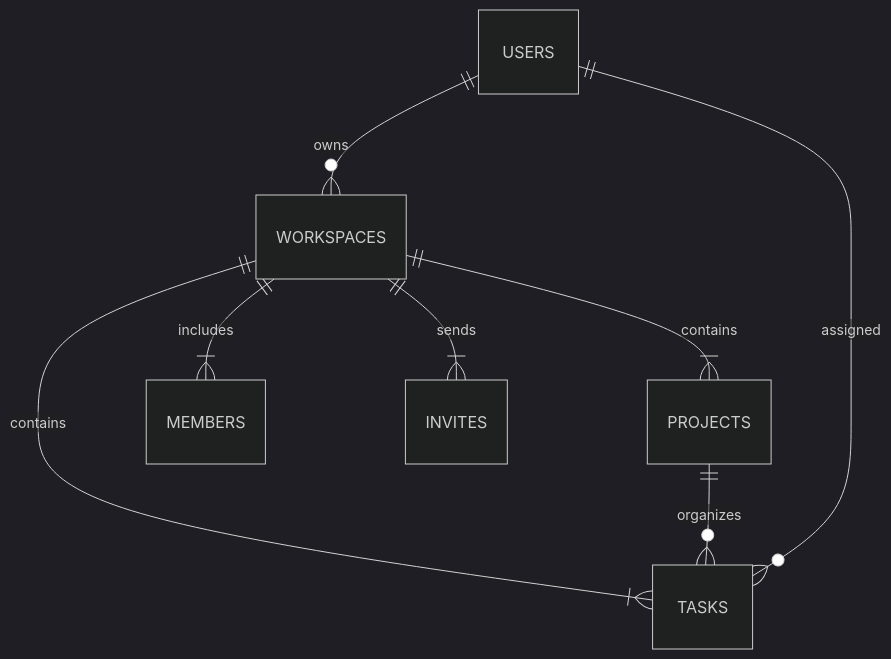
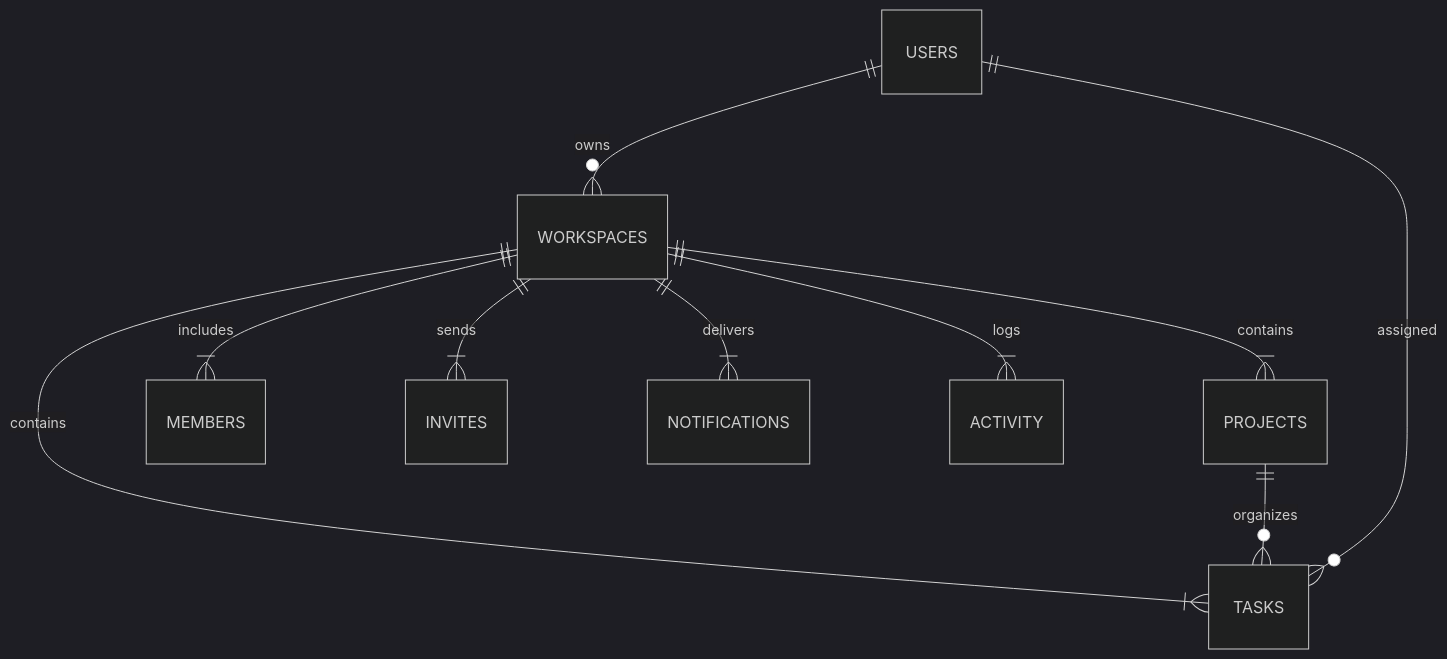
One commit to Annu1901/Flowspace changed the diagram in docs/database_design.md. Above: the diagram before and after it, drawn with Mermaid (dark theme). The commit also changed other lines of this file and 6 other files, not shown here.

````diff
--- a/docs/database_design.md
+++ b/docs/database_design.md
@@ -5,10 +5,12 @@
 ```mermaid
 erDiagram
     USERS ||--o{ WORKSPACES : owns
     WORKSPACES ||--|{ PROJECTS : contains
     WORKSPACES ||--|{ MEMBERS : includes
     WORKSPACES ||--|{ TASKS : contains
     WORKSPACES ||--|{ INVITES : sends
+    WORKSPACES ||--|{ NOTIFICATIONS : delivers
+    WORKSPACES ||--|{ ACTIVITY : logs
     PROJECTS ||--o{ TASKS : organizes
     USERS ||--o{ TASKS : assigned
 ```
````
